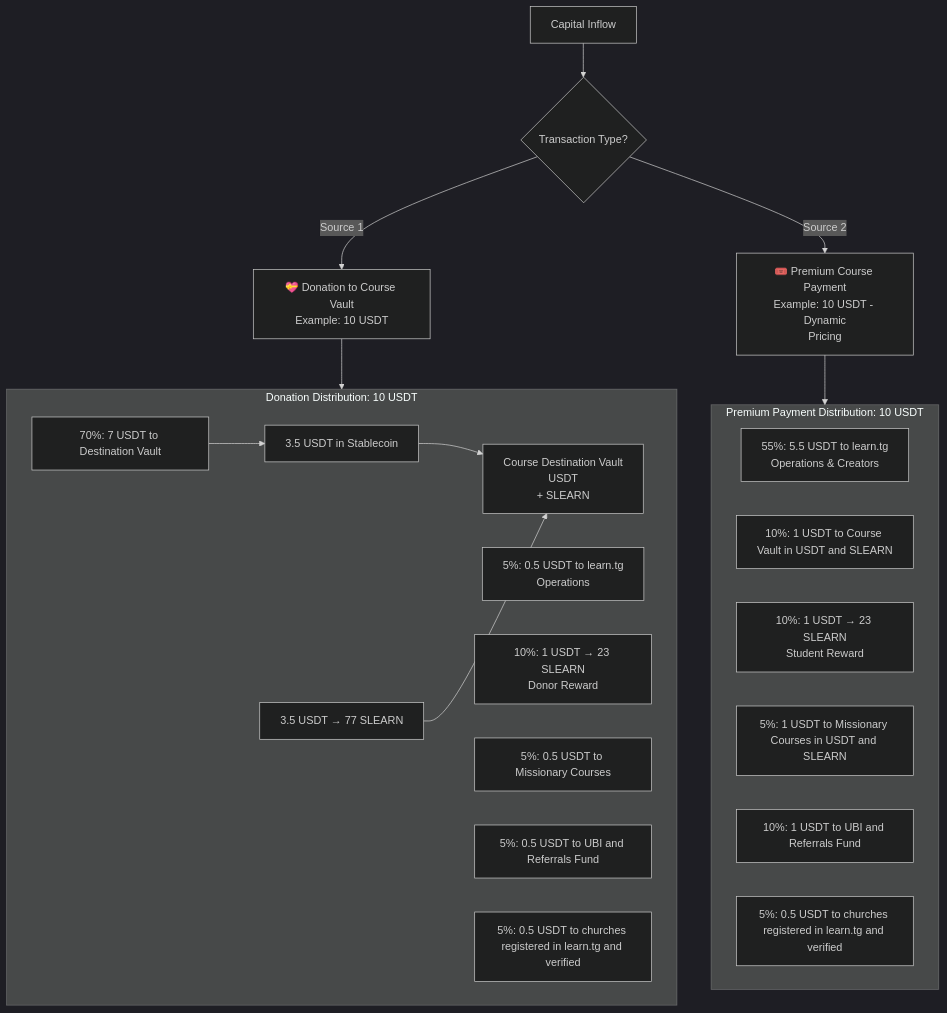
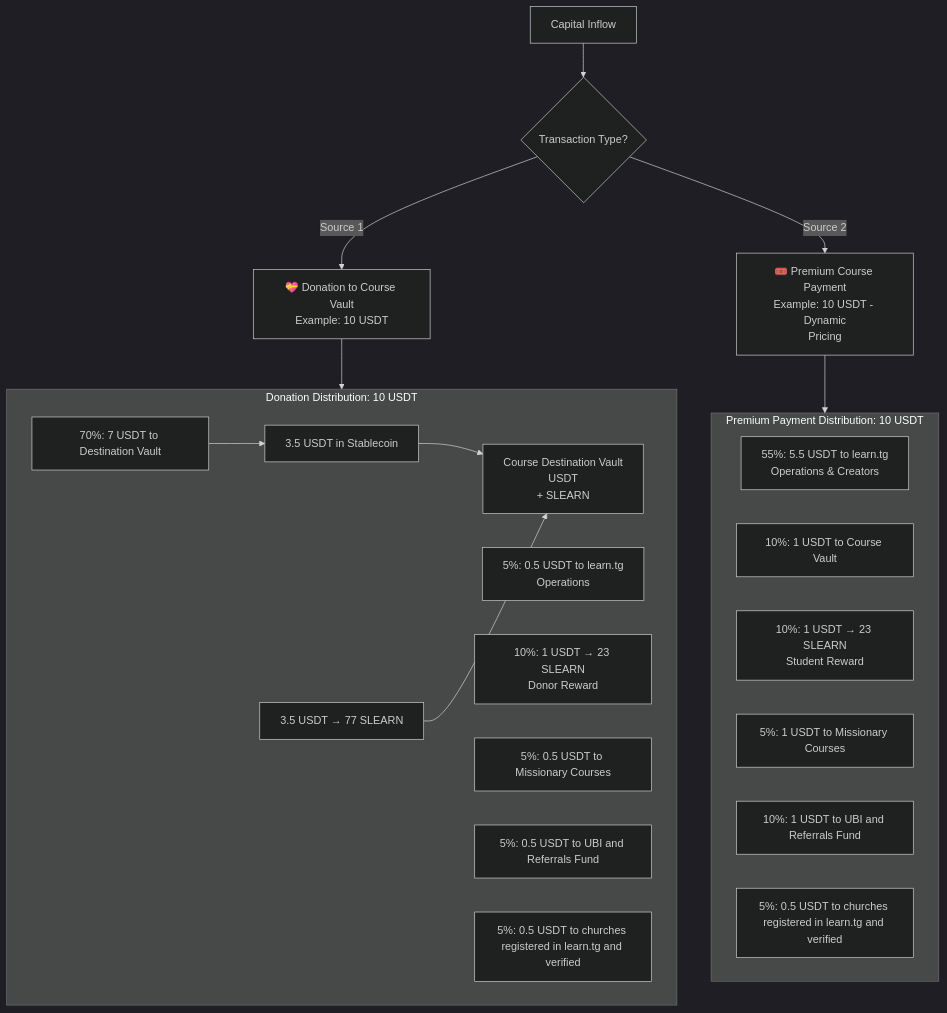
One commit to pasosdeJesus/learn.tg changed the first of 3 diagrams in SLEARN-WHITEPAPER.md. Above: the diagram before and after it, drawn with Mermaid (dark theme). The commit also changed other lines of this file, not shown here.

First line of the commit message:
Revise SLEARN whitepaper for clarity and accuracy

````diff
--- a/SLEARN-WHITEPAPER.md
+++ b/SLEARN-WHITEPAPER.md
@@ -69,35 +61,35 @@
 ```mermaid
 flowchart TB
     A[Capital Inflow] --> B{Transaction Type?}
     
     B -->|Source 1| C[💝 Donation to Course Vault<br>Example: 10 USDT]
     B -->|Source 2| D[🎟️ Premium Course Payment<br>Example: 10 USDT - Dynamic
 Pricing]
     
     C --> C1[Donation Distribution]
     D --> D1[Payment Distribution]
     
     subgraph C1 [Donation Distribution: 10 USDT]
         direction LR
         C1_1[70%: 7 USDT to Destination Vault] --> C1_1a
         C1_2[5%: 0.5 USDT to learn.tg<br>Operations]
         C1_3[10%: 1 USDT → 23 SLEARN<br>Donor Reward]
         C1_4[5%: 0.5 USDT to Missionary Courses]
         C1_5[5%: 0.5 USDT to UBI and Referrals Fund]
         C1_6[5%: 0.5 USDT to churches registered in learn.tg and verified]
         
         C1_1a[3.5 USDT in Stablecoin] --> C1_1b[Course Destination Vault<br>USDT
 + SLEARN]
         C1_1a2[3.5 USDT → 77 SLEARN] --> C1_1b
     end
     
     subgraph D1 [Premium Payment Distribution: 10 USDT]
         direction LR
         D1_1[55%: 5.5 USDT to learn.tg<br>Operations & Creators]
-        D1_2[10%: 1 USDT to Course Vault in USDT and SLEARN]
+        D1_2[10%: 1 USDT to Course Vault]
         D1_3[10%: 1 USDT → 23 SLEARN<br>Student Reward]
-        D1_4[5%: 1 USDT to Missionary Courses in USDT and SLEARN]
+        D1_4[5%: 1 USDT to Missionary Courses]
         D1_5[10%: 1 USDT to UBI and Referrals Fund]
         D1_6[5%: 0.5 USDT to churches registered in learn.tg and verified]
     end
 ```
````
